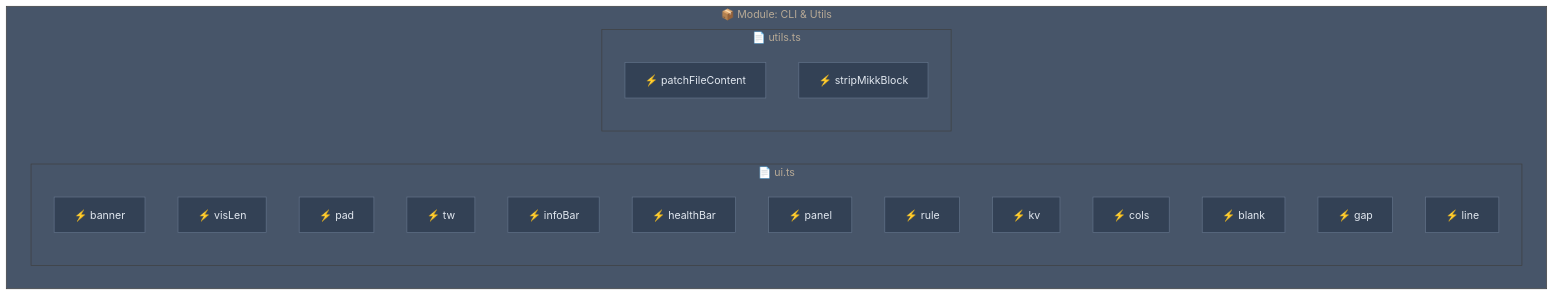
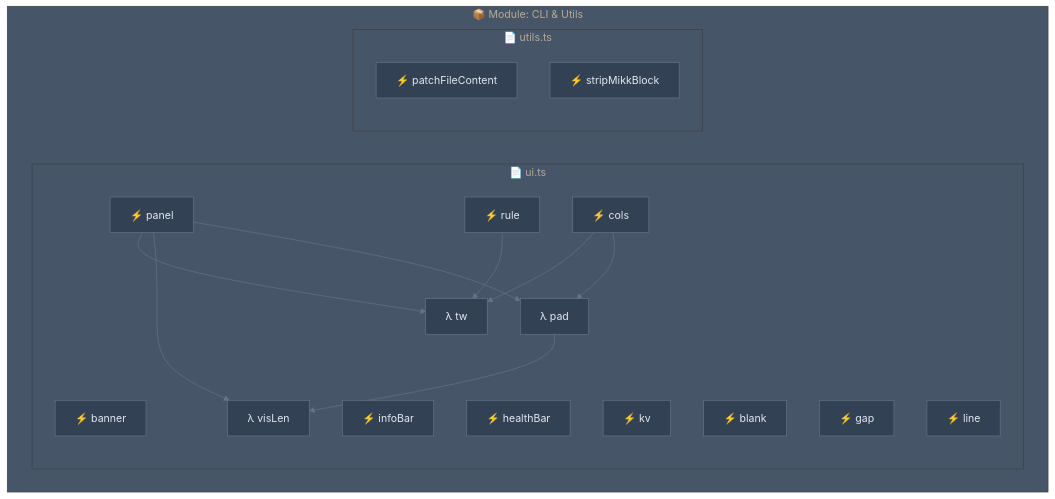
Before and after one commit to Ansh-dhanani/mikk: the diagram in .mikk/diagrams/modules/mesh-packages-cli.mmd, drawn with Mermaid. The commit also changed 122 other files, not shown here.

```diff
--- a/.mikk/diagrams/modules/mesh-packages-cli.mmd
+++ b/.mikk/diagrams/modules/mesh-packages-cli.mmd
@@ -1,27 +1,34 @@
 %%{init: {"theme": "base", "themeVariables": {"primaryColor": "#1e293b", "primaryTextColor": "#e2e8f0", "lineColor": "#64748b", "secondaryColor": "#334155", "tertiaryColor": "#475569", "background": "#0f172a", "mainBkg": "#1e293b", "nodeBorder": "#475569"}}}%%
 graph TD
     subgraph mod_mesh_packages_cli["📦 Module: CLI & Utils"]
         subgraph file_c__users_ansh_desktop_web_mesh_packages_cli_src_ui_ts["📄 ui.ts"]
             fn_c__users_ansh_desktop_web_mesh_packages_cli_src_ui_ts_banner["⚡ banner"]
-            fn_c__users_ansh_desktop_web_mesh_packages_cli_src_ui_ts_vislen["⚡ visLen"]
-            fn_c__users_ansh_desktop_web_mesh_packages_cli_src_ui_ts_pad["⚡ pad"]
-            fn_c__users_ansh_desktop_web_mesh_packages_cli_src_ui_ts_tw["⚡ tw"]
+            fn_c__users_ansh_desktop_web_mesh_packages_cli_src_ui_ts_vislen["λ visLen"]
+            fn_c__users_ansh_desktop_web_mesh_packages_cli_src_ui_ts_pad["λ pad"]
+            fn_c__users_ansh_desktop_web_mesh_packages_cli_src_ui_ts_tw["λ tw"]
             fn_c__users_ansh_desktop_web_mesh_packages_cli_src_ui_ts_infobar["⚡ infoBar"]
             fn_c__users_ansh_desktop_web_mesh_packages_cli_src_ui_ts_healthbar["⚡ healthBar"]
             fn_c__users_ansh_desktop_web_mesh_packages_cli_src_ui_ts_panel["⚡ panel"]
             fn_c__users_ansh_desktop_web_mesh_packages_cli_src_ui_ts_rule["⚡ rule"]
             fn_c__users_ansh_desktop_web_mesh_packages_cli_src_ui_ts_kv["⚡ kv"]
             fn_c__users_ansh_desktop_web_mesh_packages_cli_src_ui_ts_cols["⚡ cols"]
             fn_c__users_ansh_desktop_web_mesh_packages_cli_src_ui_ts_blank["⚡ blank"]
             fn_c__users_ansh_desktop_web_mesh_packages_cli_src_ui_ts_gap["⚡ gap"]
             fn_c__users_ansh_desktop_web_mesh_packages_cli_src_ui_ts_line["⚡ line"]
         end
         subgraph file_c__users_ansh_desktop_web_mesh_packages_cli_src_utils_ts["📄 utils.ts"]
             fn_c__users_ansh_desktop_web_mesh_packages_cli_src_utils_ts_patchfilecontent["⚡ patchFileContent"]
             fn_c__users_ansh_desktop_web_mesh_packages_cli_src_utils_ts_stripmikkblock["⚡ stripMikkBlock"]
         end
     end
 
+    fn_c__users_ansh_desktop_web_mesh_packages_cli_src_ui_ts_pad --> fn_c__users_ansh_desktop_web_mesh_packages_cli_src_ui_ts_vislen
+    fn_c__users_ansh_desktop_web_mesh_packages_cli_src_ui_ts_panel --> fn_c__users_ansh_desktop_web_mesh_packages_cli_src_ui_ts_tw
+    fn_c__users_ansh_desktop_web_mesh_packages_cli_src_ui_ts_panel --> fn_c__users_ansh_desktop_web_mesh_packages_cli_src_ui_ts_vislen
+    fn_c__users_ansh_desktop_web_mesh_packages_cli_src_ui_ts_panel --> fn_c__users_ansh_desktop_web_mesh_packages_cli_src_ui_ts_pad
+    fn_c__users_ansh_desktop_web_mesh_packages_cli_src_ui_ts_rule --> fn_c__users_ansh_desktop_web_mesh_packages_cli_src_ui_ts_tw
+    fn_c__users_ansh_desktop_web_mesh_packages_cli_src_ui_ts_cols --> fn_c__users_ansh_desktop_web_mesh_packages_cli_src_ui_ts_tw
+    fn_c__users_ansh_desktop_web_mesh_packages_cli_src_ui_ts_cols --> fn_c__users_ansh_desktop_web_mesh_packages_cli_src_ui_ts_pad
 
     classDef default fill:#334155,stroke:#64748b,color:#e2e8f0,stroke-width:1px
     classDef external fill:#1e293b,stroke:#475569,color:#94a3b8,stroke-dasharray: 5 5
```
